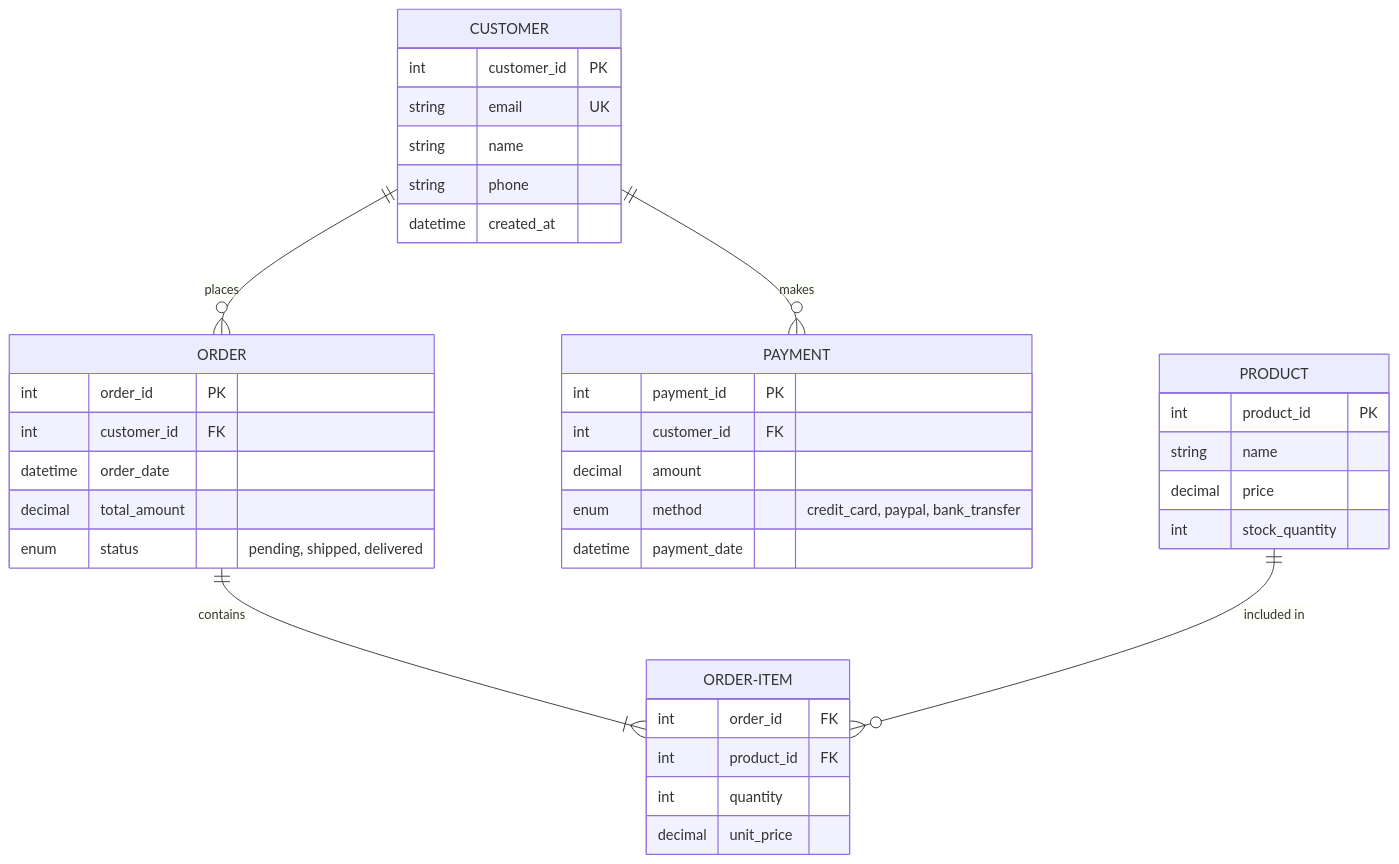
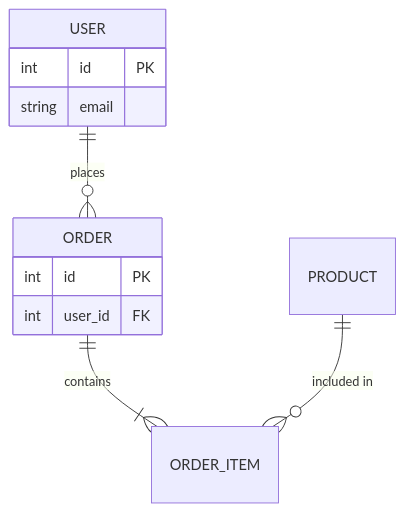
The fourth of 12 diagrams in src/moai_adk/templates/.claude/skills/moai-mermaid-diagram-expert/SKILL.md (modu-ai/moai-adk), drawn with Mermaid before and after one commit. The commit also changed other lines of this file and 182 other files, not shown here.

````diff
--- a/src/moai_adk/templates/.claude/skills/moai-mermaid-diagram-expert/SKILL.md
+++ b/src/moai_adk/templates/.claude/skills/moai-mermaid-diagram-expert/SKILL.md
@@ -341,45 +120,16 @@
 ```mermaid
 erDiagram
-    CUSTOMER ||--o{ ORDER : places
-    CUSTOMER ||--o{ PAYMENT : makes
-    ORDER ||--|{ ORDER-ITEM : contains
-    PRODUCT ||--o{ ORDER-ITEM : "included in"
-    
-    CUSTOMER {
-        int customer_id PK
-        string email UK
-        string name
-        string phone
-        datetime created_at
+    USER ||--o{ ORDER : places
+    ORDER ||--|{ ORDER_ITEM : contains
+    PRODUCT ||--o{ ORDER_ITEM : "included in"
+
+    USER {
+        int id PK
+        string email
     }
-    
+
     ORDER {
-        int order_id PK
-        int customer_id FK
-        datetime order_date
-        decimal total_amount
-        enum status "pending, shipped, delivered"
-    }
-    
-    PRODUCT {
-        int product_id PK
-        string name
-        decimal price
-        int stock_quantity
-    }
-    
-    ORDER-ITEM {
-        int order_id FK
-        int product_id FK
-        int quantity
-        decimal unit_price
-    }
-    
-    PAYMENT {
-        int payment_id PK
-        int customer_id FK
-        decimal amount
-        enum method "credit_card, paypal, bank_transfer"
-        datetime payment_date
+        int id PK
+        int user_id FK
     }
 ```
````
